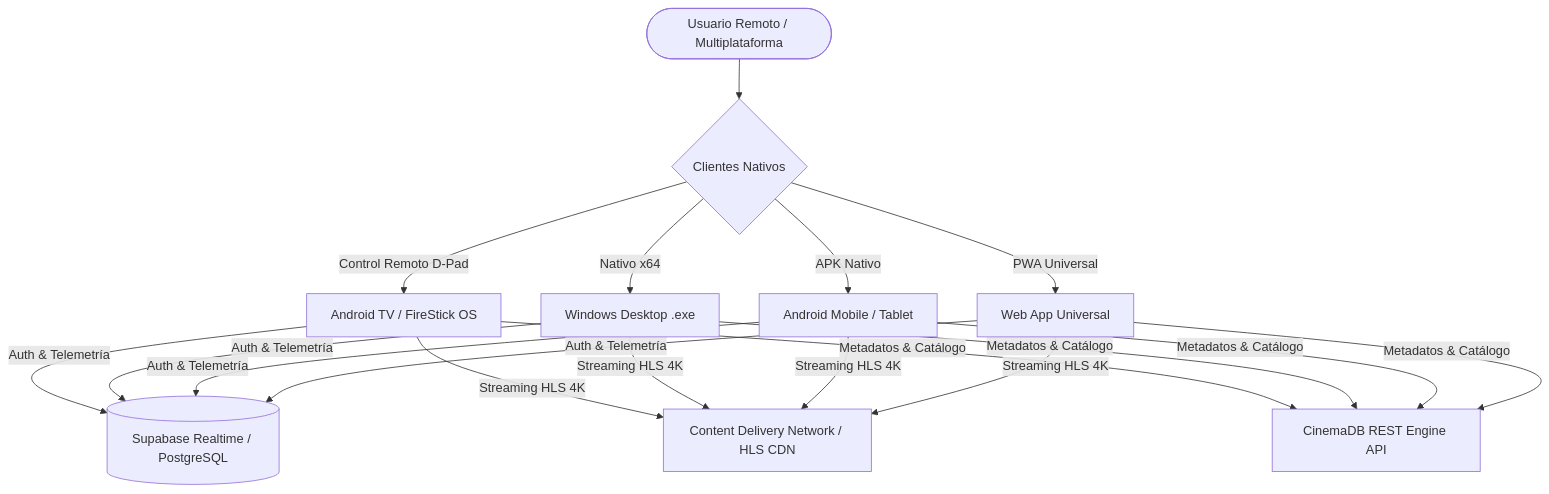
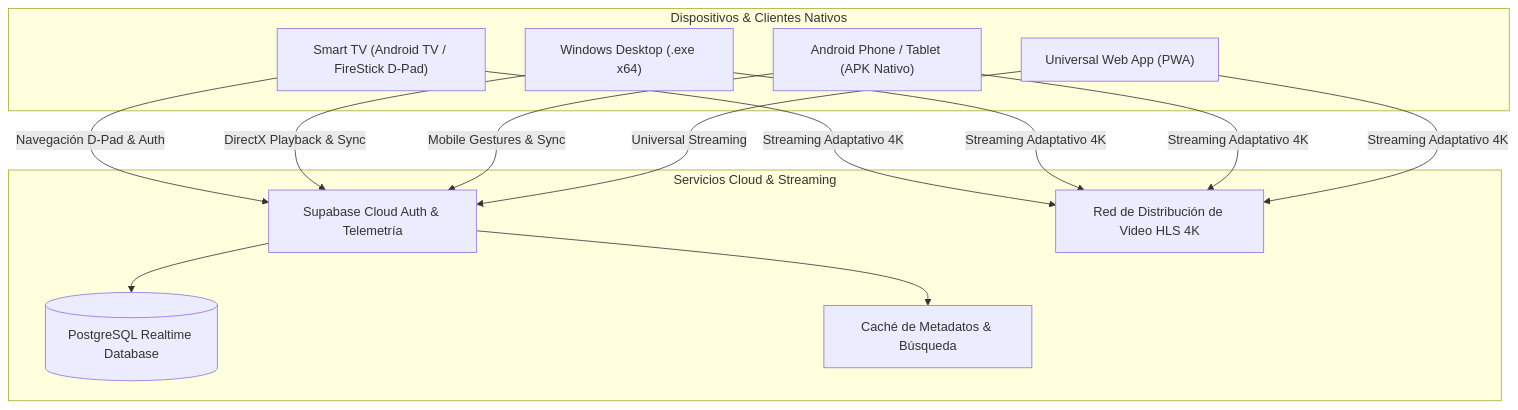
One commit to bvxlabs/bvxlabs changed the diagram in projects/01-cinemadb.md. Above: the diagram before and after it, drawn with Mermaid. The commit also changed other lines of this file and 50 other files, not shown here.

````diff
--- a/projects/01-cinemadb.md
+++ b/projects/01-cinemadb.md
@@ -62,12 +66,26 @@
 ```mermaid
-graph TD
-    User([Usuario Remoto / Multiplataforma]) --> Clients{Clientes Nativos}
-    Clients -->|Control Remoto D-Pad| SmartTV[Android TV / FireStick OS]
-    Clients -->|Nativo x64| Win[Windows Desktop .exe]
-    Clients -->|APK Nativo| Mobile[Android Mobile / Tablet]
-    Clients -->|PWA Universal| Web[Web App Universal]
-    
-    SmartTV & Win & Mobile & Web -->|Auth & Telemetría| Supa[(Supabase Realtime / PostgreSQL)]
-    SmartTV & Win & Mobile & Web -->|Streaming HLS 4K| CDN[Content Delivery Network / HLS CDN]
-    SmartTV & Win & Mobile & Web -->|Metadatos & Catálogo| APIServer[CinemaDB REST Engine API]
+flowchart TD
+    subgraph CLIENTS["Dispositivos & Clientes Nativos"]
+        TV["Smart TV (Android TV / FireStick D-Pad)"]
+        WIN["Windows Desktop (.exe x64)"]
+        AND["Android Phone / Tablet (APK Nativo)"]
+        WEB["Universal Web App (PWA)"]
+    end
+
+    subgraph BACKEND_SERVICES["Servicios Cloud & Streaming"]
+        AUTH["Supabase Cloud Auth & Telemetría"]
+        DB[("PostgreSQL Realtime Database")]
+        CACHE["Caché de Metadatos & Búsqueda"]
+        CDN["Red de Distribución de Video HLS 4K"]
+    end
+
+    TV -->|Navegación D-Pad & Auth| AUTH
+    WIN -->|DirectX Playback & Sync| AUTH
+    AND -->|Mobile Gestures & Sync| AUTH
+    WEB -->|Universal Streaming| AUTH
+
+    AUTH --> DB
+    AUTH --> CACHE
+
+    TV & WIN & AND & WEB -->|Streaming Adaptativo 4K| CDN
 ```
````
